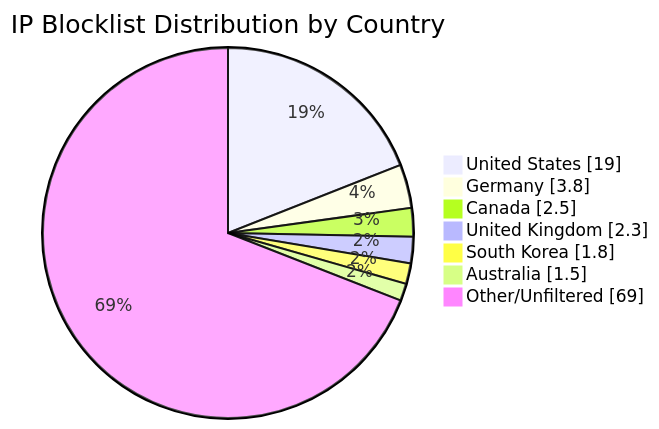
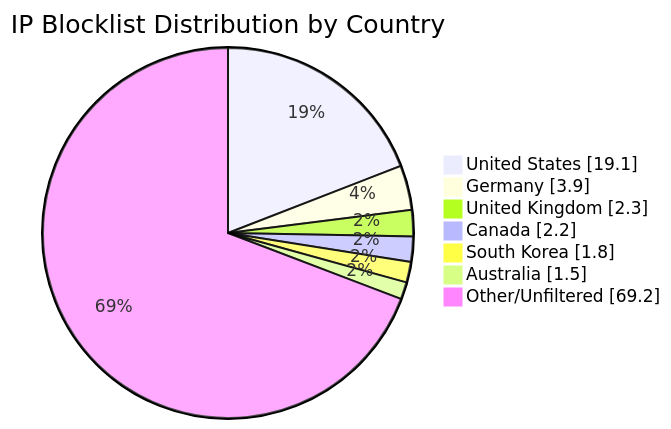
Before and after one commit to MarcusHoltz/ipblocklist-geofiltered-aggregator: the diagram in README.md, drawn with Mermaid. The commit also changed other lines of this file and 9 other files, not shown here.

````diff
--- a/README.md
+++ b/README.md
@@ -34,10 +34,10 @@
 ```mermaid
 pie showData title IP Blocklist Distribution by Country
-"United States" : 19.0
-"Germany" : 3.8
-"Canada" : 2.5
+"United States" : 19.1
+"Germany" : 3.9
 "United Kingdom" : 2.3
+"Canada" : 2.2
 "South Korea" : 1.8
 "Australia" : 1.5
-"Other/Unfiltered" : 69.0
+"Other/Unfiltered" : 69.2
 ```
````
